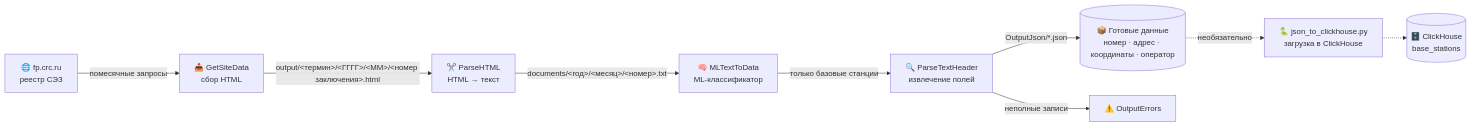
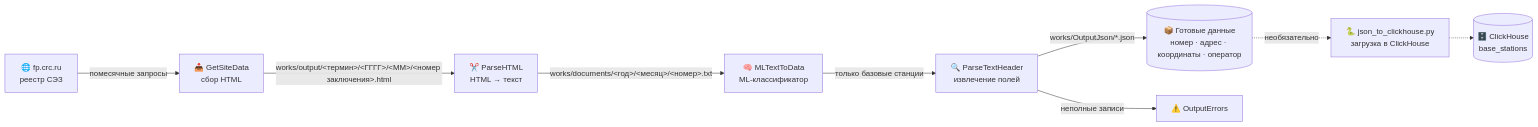
The first of 5 diagrams in README.md (akprof2000/Get-data-from-fp.crc.ru), drawn with Mermaid before and after one commit. The commit also changed other lines of this file, not shown here.

````diff
--- a/README.md
+++ b/README.md
@@ -11,11 +11,11 @@
 ```mermaid
 flowchart LR
     A[🌐 fp.crc.ru<br>реестр СЭЗ] -->|помесячные запросы| B[📥 GetSiteData<br>сбор HTML]
-    B -->|"output/&lt;термин&gt;/&lt;ГГГГ&gt;/&lt;ММ&gt;/&lt;номер заключения&gt;.html"| C[✂️ ParseHTML<br>HTML → текст]
-    C -->|"documents/&lt;год&gt;/&lt;месяц&gt;/&lt;номер&gt;.txt"| D[🧠 MLTextToData<br>ML-классификатор]
+    B -->|"works/output/&lt;термин&gt;/&lt;ГГГГ&gt;/&lt;ММ&gt;/&lt;номер заключения&gt;.html"| C[✂️ ParseHTML<br>HTML → текст]
+    C -->|"works/documents/&lt;год&gt;/&lt;месяц&gt;/&lt;номер&gt;.txt"| D[🧠 MLTextToData<br>ML-классификатор]
     D -->|только базовые станции| E[🔍 ParseTextHeader<br>извлечение полей]
-    E -->|"OutputJson/*.json"| F[(📦 Готовые данные<br>номер · адрес · координаты · оператор)]
+    E -->|"works/OutputJson/*.json"| F[(📦 Готовые данные<br>номер · адрес · координаты · оператор)]
     E -->|неполные записи| G[⚠️ OutputErrors]
     F -.->|необязательно| H[🐍 json_to_clickhouse.py<br>загрузка в ClickHouse]
     H -.-> I[(🗄️ ClickHouse<br>base_stations)]
 ```
````
